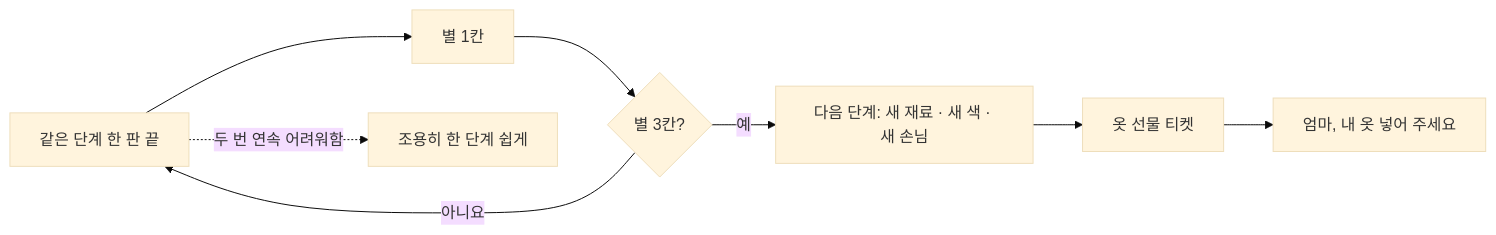
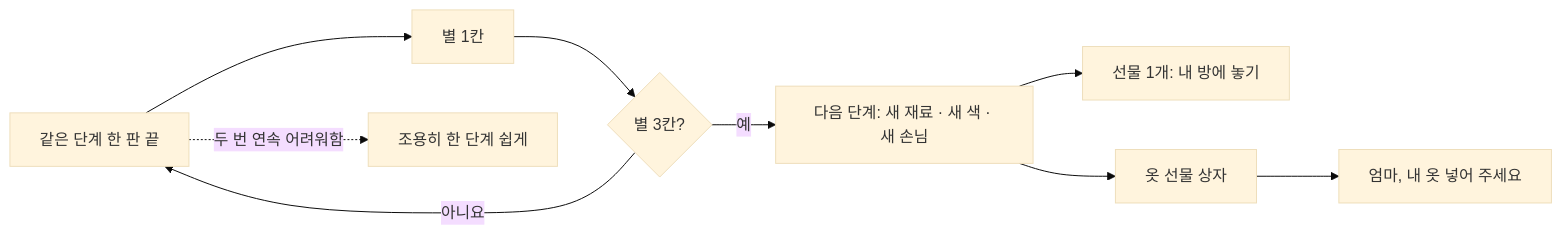
One commit to hojinwin8585-source/TJ changed the fourth of 7 diagrams in 말랑놀이터/설계/README.md. Above: the diagram before and after it, drawn with Mermaid (base theme). The commit also changed other lines of this file and 10 other files, not shown here.

````diff
--- a/말랑놀이터/설계/README.md
+++ b/말랑놀이터/설계/README.md
@@ -44,9 +52,10 @@
 ```mermaid
 flowchart LR
   P["같은 단계 한 판 끝"] --> S["별 1칸"]
   S --> K{"별 3칸?"}
   K -- 아니요 --> P
   K -- 예 --> U["다음 단계: 새 재료 · 새 색 · 새 손님"]
-  U --> W["옷 선물 티켓"] --> X["엄마, 내 옷 넣어 주세요"]
+  U --> G["선물 1개: 내 방에 놓기"]
+  U --> W["옷 선물 상자"] --> X["엄마, 내 옷 넣어 주세요"]
   P -. 두 번 연속 어려워함 .-> Dn["조용히 한 단계 쉽게"]
 ```
````
